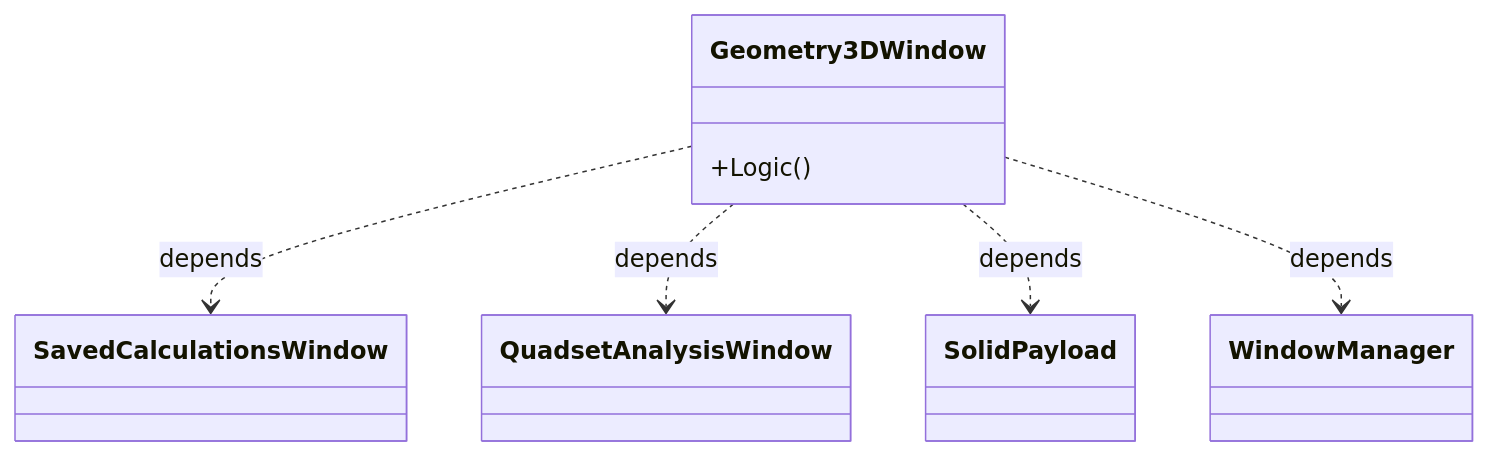
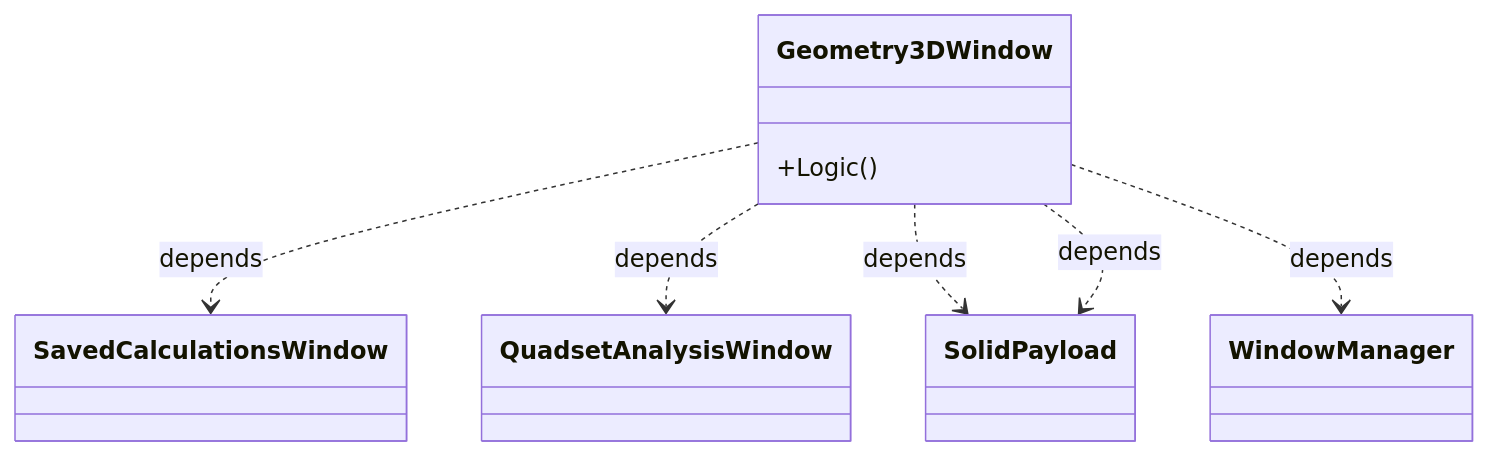
Diagram 51 of 60 in Docs/source_documentation.md (TheDaniel166/IsopGem), drawn with Mermaid before and after one commit. The commit also changed other lines of this file and 18 other files, not shown here.

````diff
--- a/Docs/source_documentation.md
+++ b/Docs/source_documentation.md
@@ -3247,10 +3479,11 @@
 ```mermaid
 classDiagram
     class Geometry3DWindow {
         +Logic()
     }
     Geometry3DWindow ..> SavedCalculationsWindow : depends
     Geometry3DWindow ..> QuadsetAnalysisWindow : depends
     Geometry3DWindow ..> SolidPayload : depends
+    Geometry3DWindow ..> SolidPayload : depends
     Geometry3DWindow ..> WindowManager : depends
 ```
````
